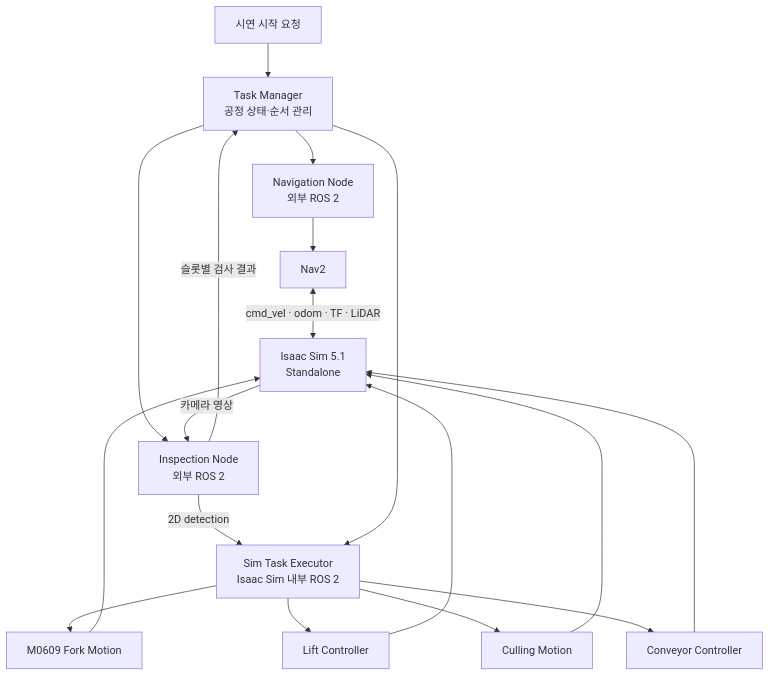
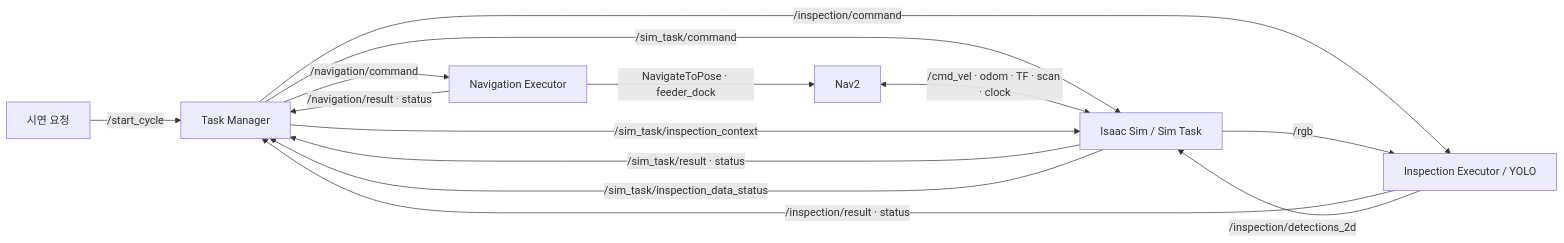
Before and after one commit to shbong06-sketch/ROKEY_P3_A1: the diagram in docs/01-architecture.md, drawn with Mermaid. The commit also changed other lines of this file and 12 other files, not shown here.

````diff
--- a/docs/01-architecture.md
+++ b/docs/01-architecture.md
@@ -63,25 +26,16 @@
 ```mermaid
-flowchart TB
-    UI["시연 시작 요청"] --> TM["Task Manager
-공정 상태·순서 관리"]
-    TM --> NAV["Navigation Node
-외부 ROS 2"]
-    NAV --> NAV2["Nav2"]
-    NAV2 <-->|"cmd_vel · odom · TF · LiDAR"| SIM["Isaac Sim 5.1
-Standalone"]
-    TM --> INS["Inspection Node
-외부 ROS 2"]
-    SIM -->|"카메라 영상"| INS
-    INS -->|"2D detection"| EXEC
-    INS -->|"슬롯별 검사 결과"| TM
-    TM --> EXEC["Sim Task Executor
-Isaac Sim 내부 ROS 2"]
-    EXEC --> ARM["M0609 Fork Motion"]
-    EXEC --> LIFT["Lift Controller"]
-    EXEC --> CULL["Culling Motion"]
-    EXEC --> CONV["Conveyor Controller"]
-    ARM --> SIM
-    LIFT --> SIM
-    CULL --> SIM
-    CONV --> SIM
+flowchart LR
+    USER["시연 요청"] -->|"/start_cycle"| TM["Task Manager"]
+    TM -->|"/sim_task/command"| SIM["Isaac Sim / Sim Task"]
+    SIM -->|"/sim_task/result · status"| TM
+    TM -->|"/navigation/command"| NAV["Navigation Executor"]
+    NAV -->|"NavigateToPose · feeder_dock"| NAV2["Nav2"]
+    NAV -->|"/navigation/result · status"| TM
+    NAV2 <-->|"/cmd_vel · odom · TF · scan · clock"| SIM
+    TM -->|"/inspection/command"| VISION["Inspection Executor / YOLO"]
+    SIM -->|"/rgb"| VISION
+    VISION -->|"/inspection/result · status"| TM
+    VISION -->|"/inspection/detections_2d"| SIM
+    TM -->|"/sim_task/inspection_context"| SIM
+    SIM -->|"/sim_task/inspection_data_status"| TM
 ```
````
